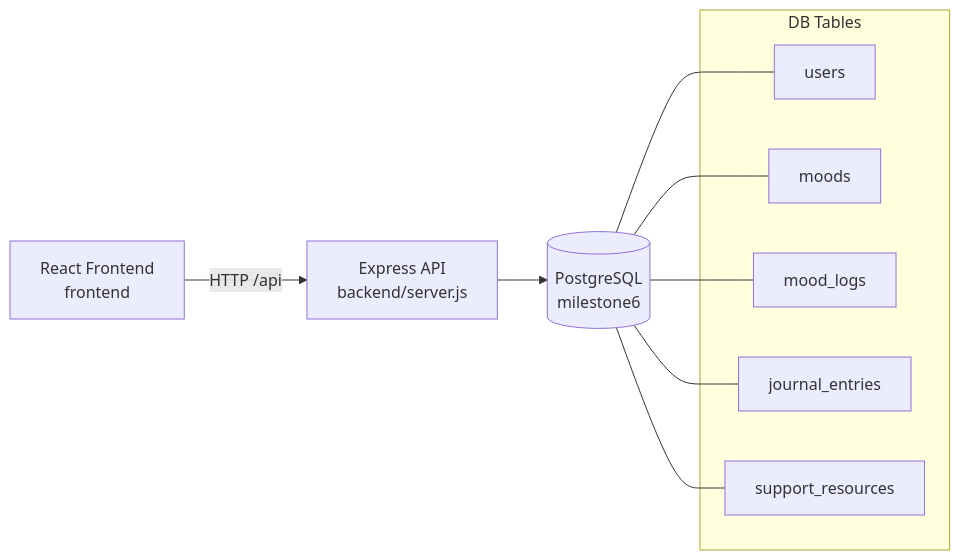
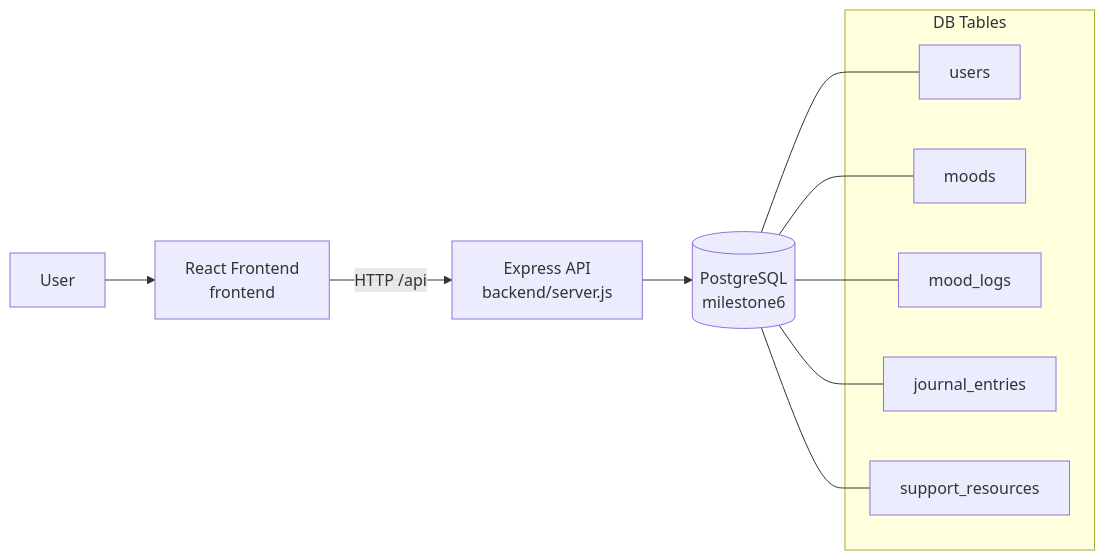
One commit to mmmorg15/Milestone_6 changed the diagram in README.md. Above: the diagram before and after it, drawn with Mermaid. The commit also changed other lines of this file, not shown here.

````diff
--- a/README.md
+++ b/README.md
@@ -17,19 +17,21 @@
 ```mermaid
 flowchart LR
-  A[React Frontend\nfrontend] -->|HTTP /api| B[Express API\nbackend/server.js]
+  USER[User] --> A[React Frontend\nfrontend]
+
+  A -->|HTTP /api| B[Express API\nbackend/server.js]
   B --> C[(PostgreSQL\nmilestone6)]
 
   subgraph DB Tables
     U[users]
     M[moods]
     ML[mood_logs]
     J[journal_entries]
     R[support_resources]
   end
 
   C --- U
   C --- M
   C --- ML
   C --- J
   C --- R
 ```
````
